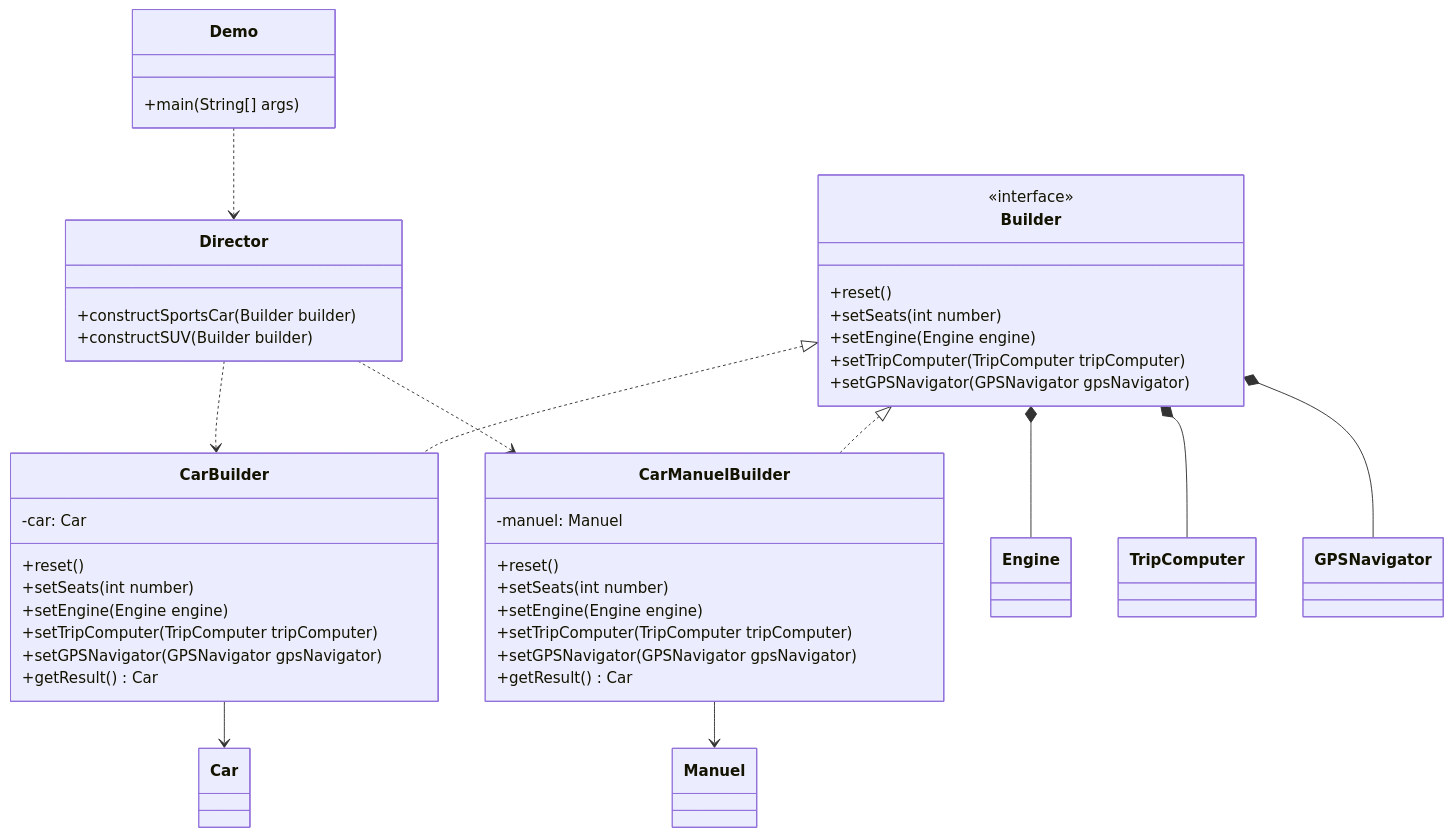
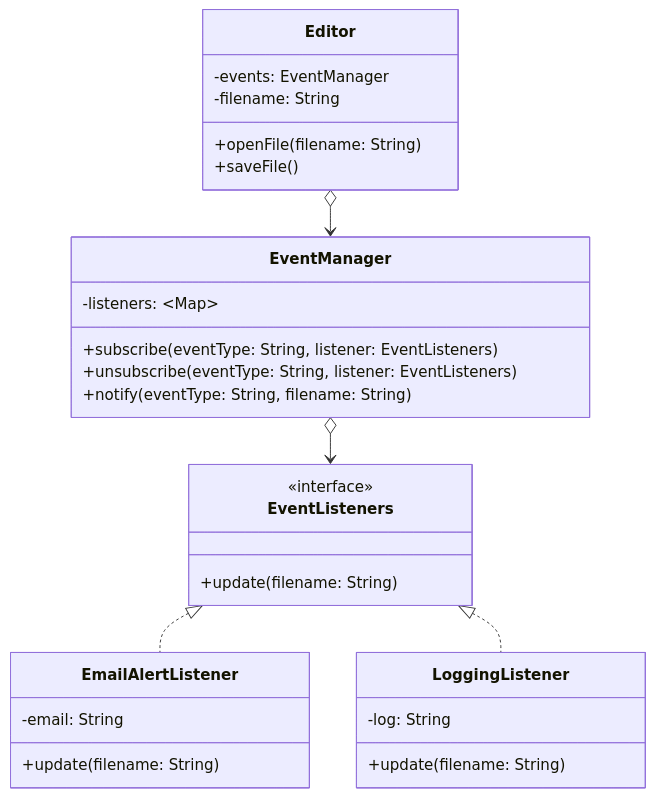
The second of 5 diagrams in BLM5111_Nesneye_Dayali_Tasarim_ve_Modelleme/behavioral_patterns.md (malibayram/doktora_yeterlik), drawn with Mermaid before and after one commit. The commit also changed other lines of this file and 3 other files, not shown here.

````diff
--- a/BLM5111_Nesneye_Dayali_Tasarim_ve_Modelleme/behavioral_patterns.md
+++ b/BLM5111_Nesneye_Dayali_Tasarim_ve_Modelleme/behavioral_patterns.md
@@ -356,46 +120,31 @@
 ```mermaid
 classDiagram
-class Builder {
-    +reset()
-    +setSeats(int number)
-    +setEngine(Engine engine)
-    +setTripComputer(TripComputer tripComputer)
-    +setGPSNavigator(GPSNavigator gpsNavigator)
+class EventListeners {
+    +update(filename: String)
 }
-<<interface>> Builder
-class CarBuilder {
-    -car: Car
-    +reset()
-    +setSeats(int number)
-    +setEngine(Engine engine)
-    +setTripComputer(TripComputer tripComputer)
-    +setGPSNavigator(GPSNavigator gpsNavigator)
-    +getResult() Car
+<<interface>> EventListeners
+class EventManager {
+    -listeners: ~Map~
+    +subscribe(eventType: String, listener: EventListeners)
+    +unsubscribe(eventType: String, listener: EventListeners)
+    +notify(eventType: String, filename: String)
 }
-class CarManuelBuilder {
-    -manuel: Manuel
-    +reset()
-    +setSeats(int number)
-    +setEngine(Engine engine)
-    +setTripComputer(TripComputer tripComputer)
-    +setGPSNavigator(GPSNavigator gpsNavigator)
-    +getResult() Car
+class Editor {
+    -events: EventManager
+    -filename: String
+    +openFile(filename: String)
+    +saveFile()
 }
-class Director {
-    +constructSportsCar(Builder builder)
-    +constructSUV(Builder builder)
+class EmailAlertListener {
+    -email: String
+    +update(filename: String)
 }
-class Demo {
-    +main(String[] args)
+class LoggingListener {
+    -log: String
+    +update(filename: String)
 }
-Builder <|.. CarBuilder
-Builder <|.. CarManuelBuilder
-CarBuilder --> Car
-CarManuelBuilder --> Manuel
-Builder *-- Engine
-Builder *-- TripComputer
-Builder *-- GPSNavigator
-Director ..> CarBuilder
-Director ..> CarManuelBuilder
-Demo ..> Director
+EventListeners <|.. EmailAlertListener
+EventListeners <|.. LoggingListener
+Editor o--> EventManager
+EventManager o--> EventListeners
 ```
````
